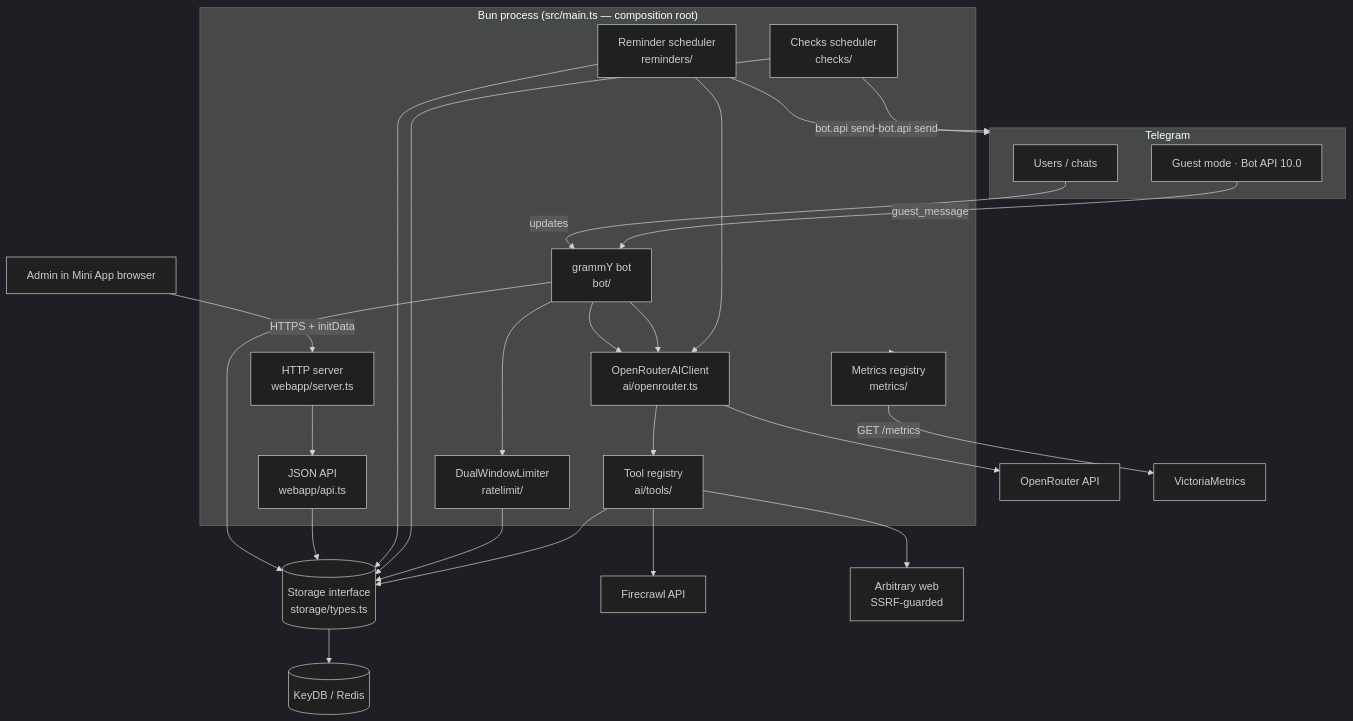
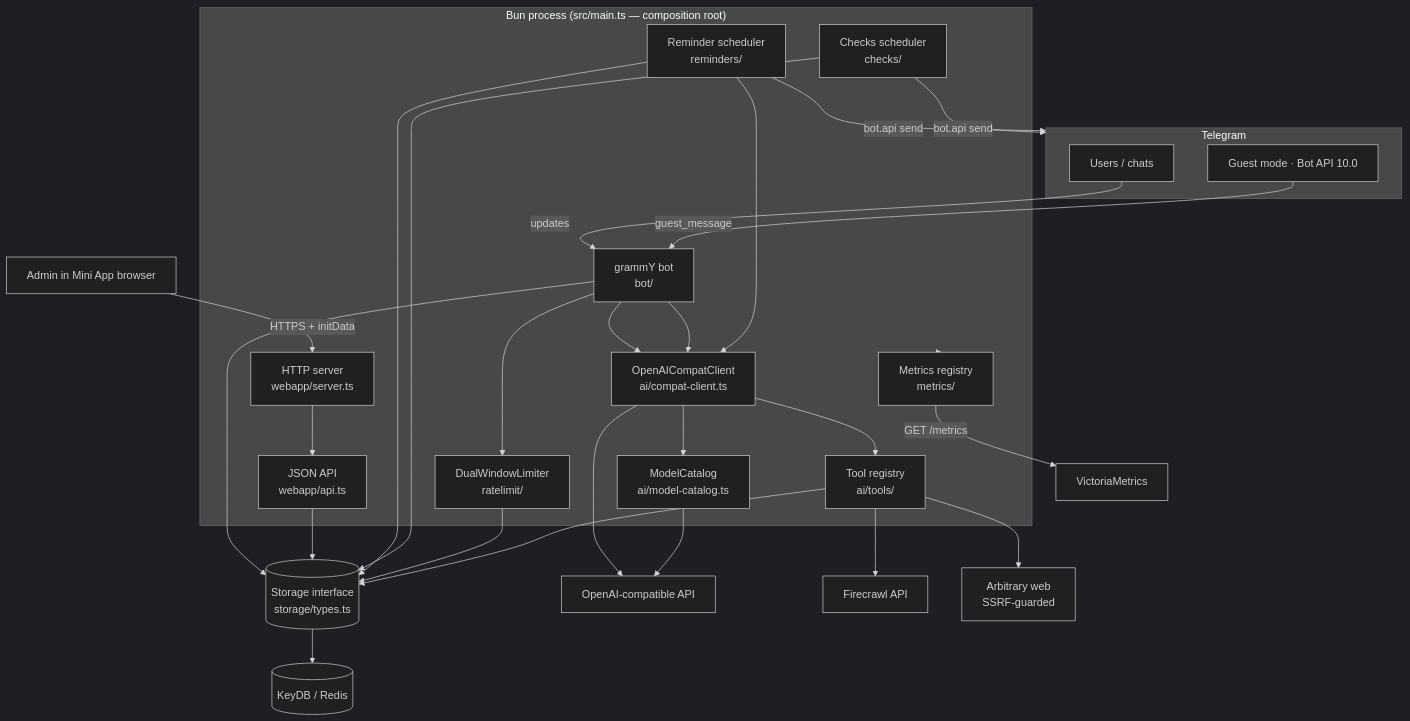
Before and after one commit to The-Fisher-Slopworks-Co/any_talker: the first of 3 diagrams in docs/ARCHITECTURE.md, drawn with Mermaid (dark theme). The commit also changed other lines of this file and 57 other files, not shown here.

First line of the commit message:
feat(ai)!: switch from OpenRouter to a generic OpenAI-compatible API

````diff
--- a/docs/ARCHITECTURE.md
+++ b/docs/ARCHITECTURE.md
@@ -63,51 +66,53 @@
 ```mermaid
 flowchart TB
     subgraph TG[Telegram]
         U[Users / chats]
         GM[Guest mode · Bot API 10.0]
     end
     Admin[Admin in Mini App browser]
 
     subgraph Proc["Bun process (src/main.ts — composition root)"]
         Bot[grammY bot<br/>bot/]
         HTTP[HTTP server<br/>webapp/server.ts]
         RS[Reminder scheduler<br/>reminders/]
         CS[Checks scheduler<br/>checks/]
-        AI[OpenRouterAIClient<br/>ai/openrouter.ts]
+        AI[OpenAICompatClient<br/>ai/compat-client.ts]
+        Cat[ModelCatalog<br/>ai/model-catalog.ts]
         Tools[Tool registry<br/>ai/tools/]
         RL[DualWindowLimiter<br/>ratelimit/]
         API[JSON API<br/>webapp/api.ts]
         Metrics[Metrics registry<br/>metrics/]
     end
 
     Store[(Storage interface<br/>storage/types.ts)]
     KeyDB[(KeyDB / Redis)]
 
-    OR[OpenRouter API]
+    LLM[OpenAI-compatible API]
     FC[Firecrawl API]
     WEB[Arbitrary web<br/>SSRF-guarded]
 
     U -->|updates| Bot
     GM -->|guest_message| Bot
     Admin -->|HTTPS + initData| HTTP --> API
-    Bot --> AI --> OR
+    Bot --> AI --> LLM
+    AI --> Cat --> LLM
     AI --> Tools
     Tools --> FC
     Tools --> WEB
     Bot --> RL
     Bot --> AI
     RS -->|bot.api send| TG
     CS -->|bot.api send| TG
     RS --> AI
 
     Bot --> Store
     API --> Store
     RS --> Store
     CS --> Store
     RL --> Store
     Tools --> Store
     Store --> KeyDB
 
     Proc --> Metrics
     Metrics -->|GET /metrics| VM[VictoriaMetrics]
 ```
````
